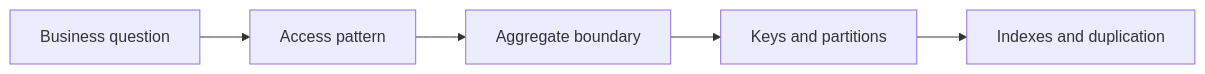
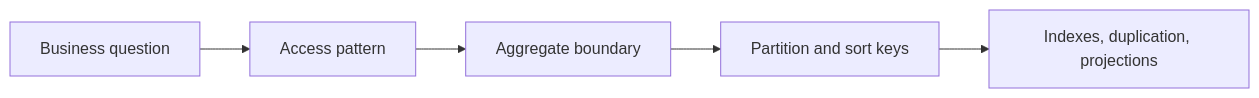
The second of 11 diagrams in training/modules/07-nosql-foundations/slides.qmd (charroux/rentalservice), drawn with Mermaid before and after one commit. The commit also changed other lines of this file and 1 other file, not shown here.

````diff
--- a/training/modules/07-nosql-foundations/slides.qmd
+++ b/training/modules/07-nosql-foundations/slides.qmd
@@ -45,7 +103,7 @@
 ```{mermaid}
 flowchart LR
     Question[Business question] --> Access[Access pattern]
     Access --> Aggregate[Aggregate boundary]
-    Aggregate --> Keys[Keys and partitions]
-    Keys --> Indexes[Indexes and duplication]
+    Aggregate --> Keys[Partition and sort keys]
+    Keys --> Views[Indexes, duplication, projections]
 ```
````
